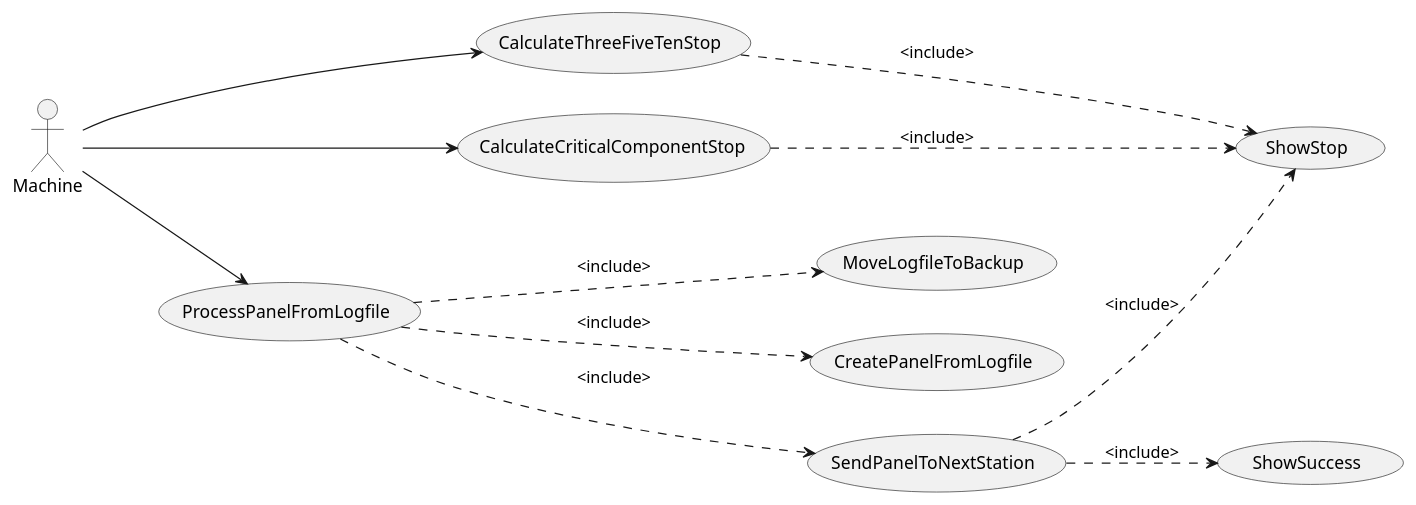
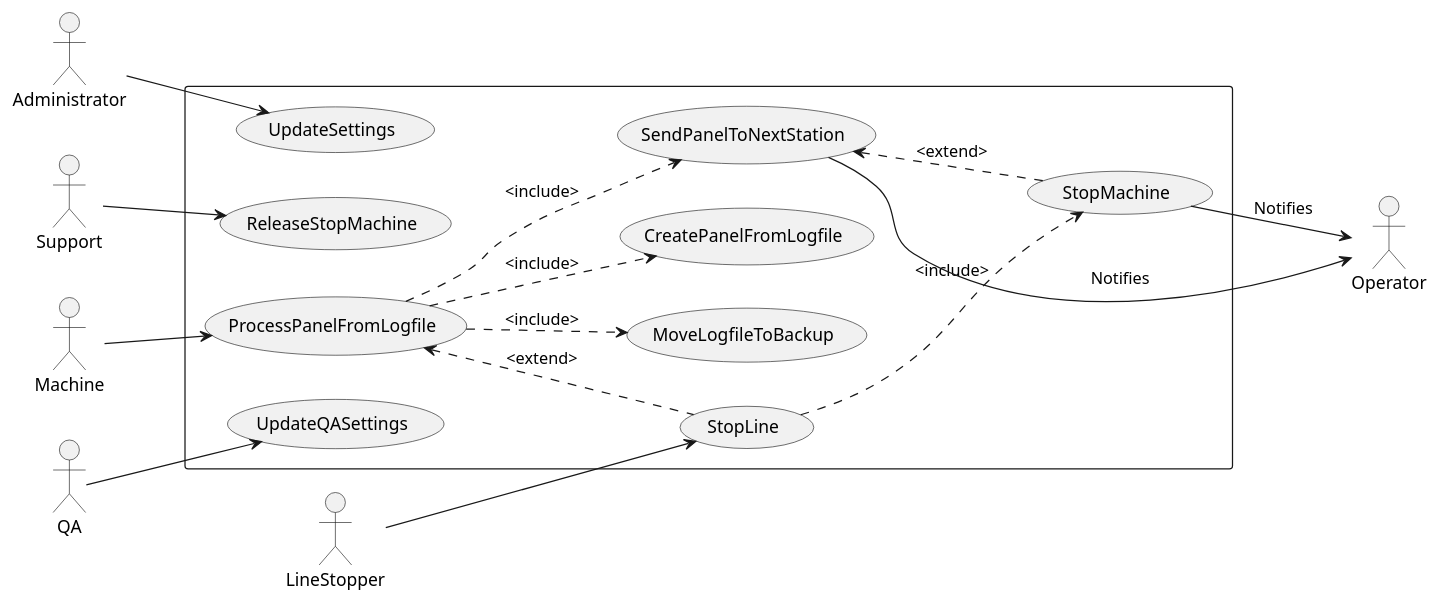
One commit to David1906/Hermes-4.0 changed the diagram in docs/UseCases/UseCases.puml. Above: the diagram before and after it, drawn with PlantUML. The commit also changed 15 other files, not shown here.

```diff
--- a/docs/UseCases/UseCases.puml
+++ b/docs/UseCases/UseCases.puml
@@ -1,26 +1,36 @@
 @startuml Use cases
 left to right direction
 
-usecase (MoveLogfileToBackup)
-usecase (CreatePanelFromLogfile)
-usecase (SendPanelToNextStation)
-usecase (ShowStop)
-usecase (ShowSuccess)
-usecase (CalculateThreeFiveTenStop)
-usecase (CalculateCriticalComponentStop) 
+:Administrator:
+:LineStopper:
+:Support:
+:Machine:
+:Operator:
+:QA:
 
-:Machine: --> (ProcessPanelFromLogfile)
-(ProcessPanelFromLogfile) ..> (MoveLogfileToBackup) : "<include>"
-(ProcessPanelFromLogfile) ..> (CreatePanelFromLogfile) : "<include>"
-(ProcessPanelFromLogfile) ..> (SendPanelToNextStation) : "<include>"
-
-(SendPanelToNextStation) ..> (ShowSuccess) : "<include>"
-(SendPanelToNextStation) ..> (ShowStop) : "<include>"
-
-:Machine: --> (CalculateThreeFiveTenStop)
-(CalculateThreeFiveTenStop) ..> (ShowStop) : "<include>"
-
-:Machine: --> (CalculateCriticalComponentStop)
-(CalculateCriticalComponentStop) ..> (ShowStop) : "<include>"
+Rectangle {
+    usecase (MoveLogfileToBackup)
+    usecase (CreatePanelFromLogfile)
+    usecase (SendPanelToNextStation)
+    
+    :Machine: --> (ProcessPanelFromLogfile)
+    (ProcessPanelFromLogfile) ..> (MoveLogfileToBackup) : "<include>"
+    (ProcessPanelFromLogfile) ..> (CreatePanelFromLogfile) : "<include>"
+    (ProcessPanelFromLogfile) ..> (SendPanelToNextStation) : "<include>"  
+    (ProcessPanelFromLogfile) <.. (StopLine) : "<extend>"  
+    
+    (SendPanelToNextStation) <.. (StopMachine) : "<extend>"
+    
+    :LineStopper: -down-> (StopLine)
+    
+    (StopLine) ..> (StopMachine) : <include>
+    
+    (StopMachine) --> :Operator: : Notifies
+    (SendPanelToNextStation) --> :Operator: : Notifies
+    
+    :Support: --> (ReleaseStopMachine)
+    :Administrator: --> (UpdateSettings)
+    :QA: --> (UpdateQASettings)
+}
 
 @enduml
```
